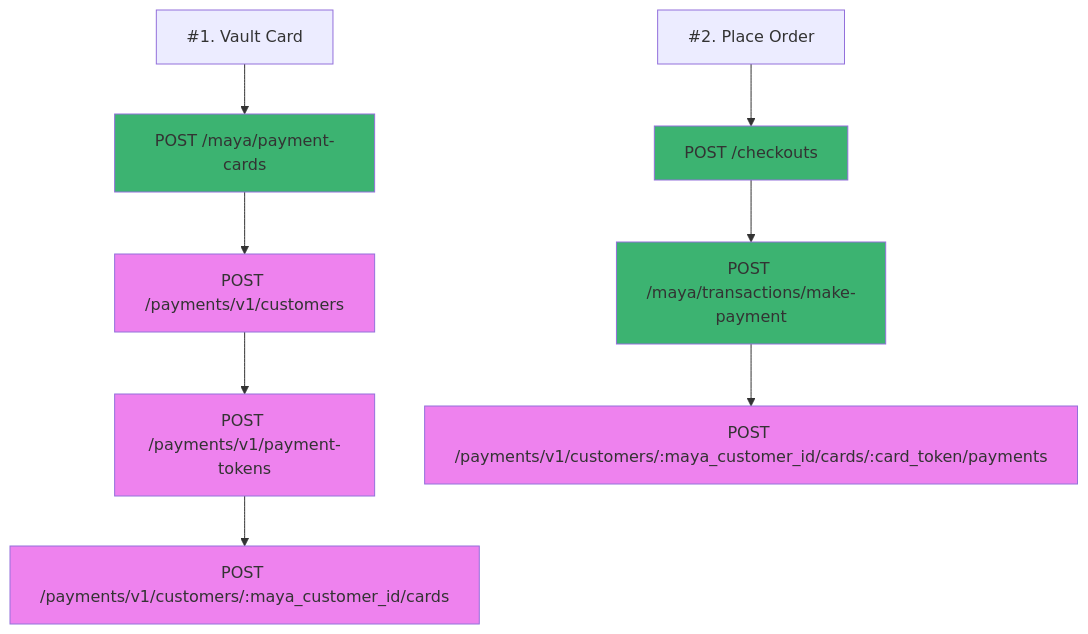
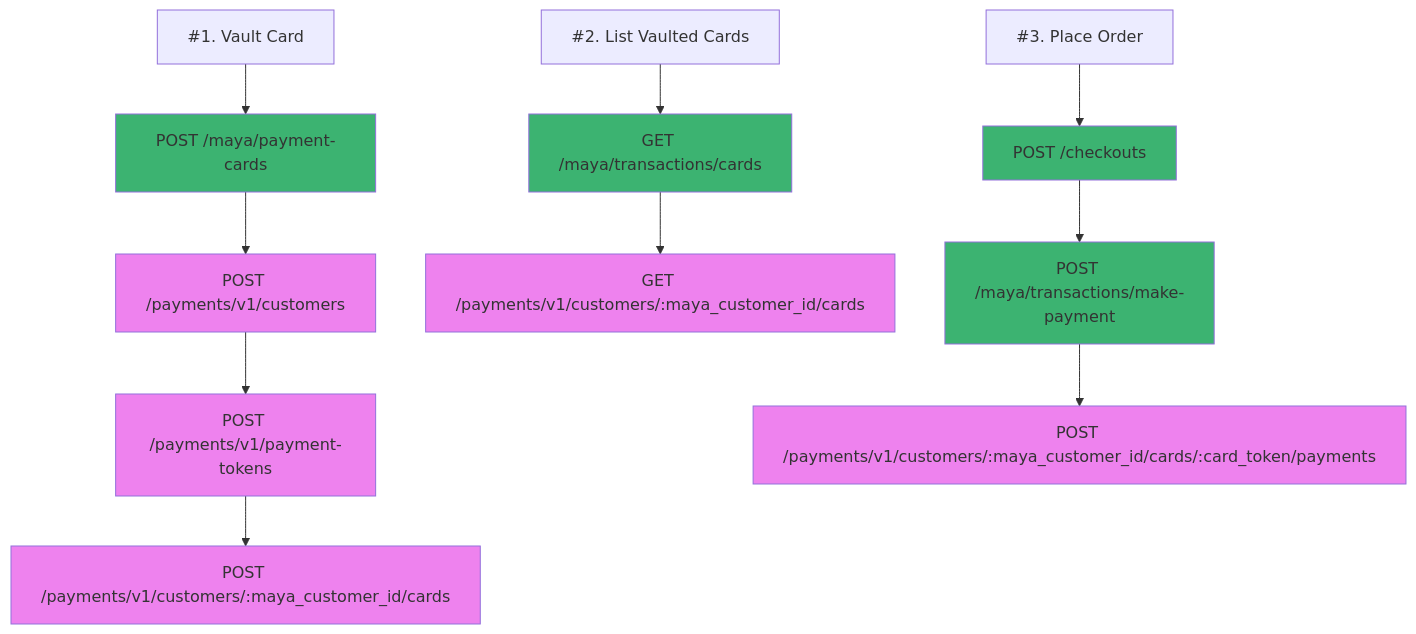
The diagram in propose-maya-payment-card-flow.md (israelcoper/mermaid-diagram), drawn with Mermaid before and after one commit.

````diff
--- a/propose-maya-payment-card-flow.md
+++ b/propose-maya-payment-card-flow.md
@@ -2,21 +2,25 @@
 ```mermaid
 ---
 title:
 ---
 flowchart TB;
     style B fill:#3cb371
     style F1 fill:#ee82ee
     style F2 fill:#ee82ee
     style F3 fill:#ee82ee
+    style Y fill:#3cb371
+    style Z fill:#ee82ee
     style E fill:#3cb371
     style G fill:#3cb371
     style H fill:#ee82ee
     A["#1. Vault Card"]-->B[POST /maya/payment-cards];
     B-->F1[POST /payments/v1/customers];
     F1-->F2[POST /payments/v1/payment-tokens];
     F2-->F3[POST /payments/v1/customers/:maya_customer_id/cards];
-    C["#2. Place Order"];
+    X["#2. List Vaulted Cards"]-->Y[GET /maya/transactions/cards];
+    Y-->Z[GET /payments/v1/customers/:maya_customer_id/cards];
+    C["#3. Place Order"];
     C-->E[POST /checkouts];
     E-->G[POST /maya/transactions/make-payment];
     G-->H[POST /payments/v1/customers/:maya_customer_id/cards/:card_token/payments];
 ```
````
